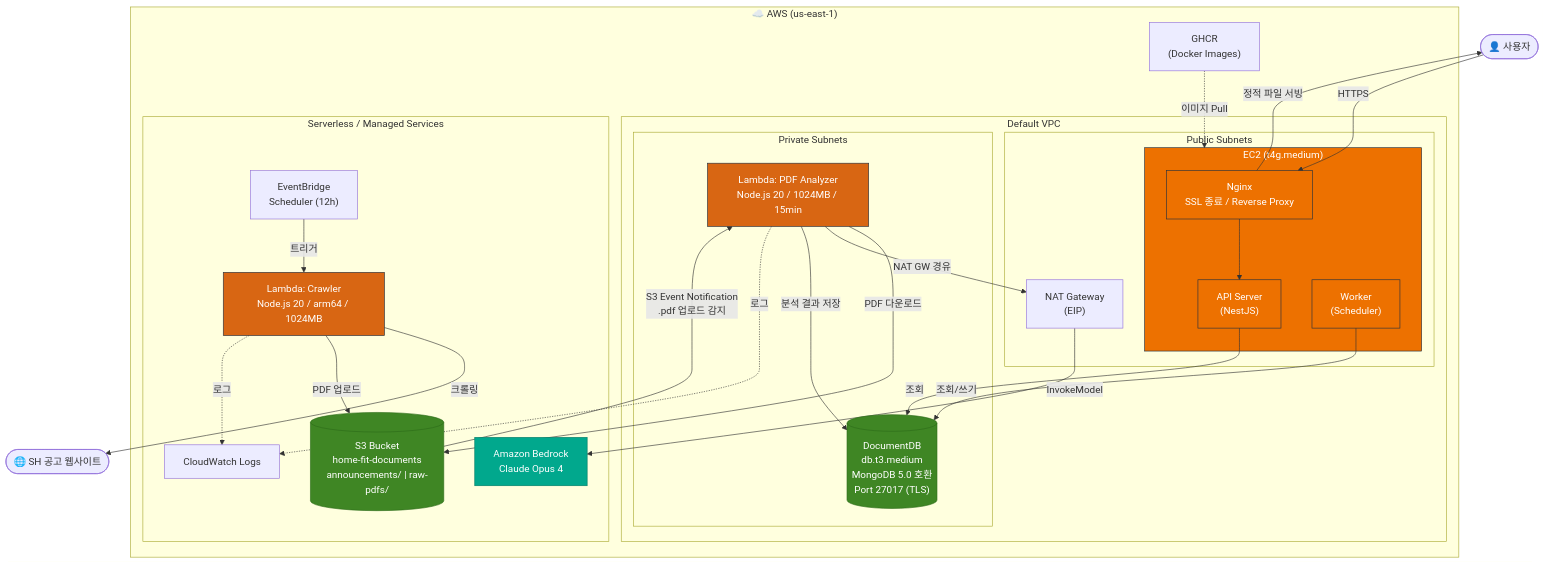
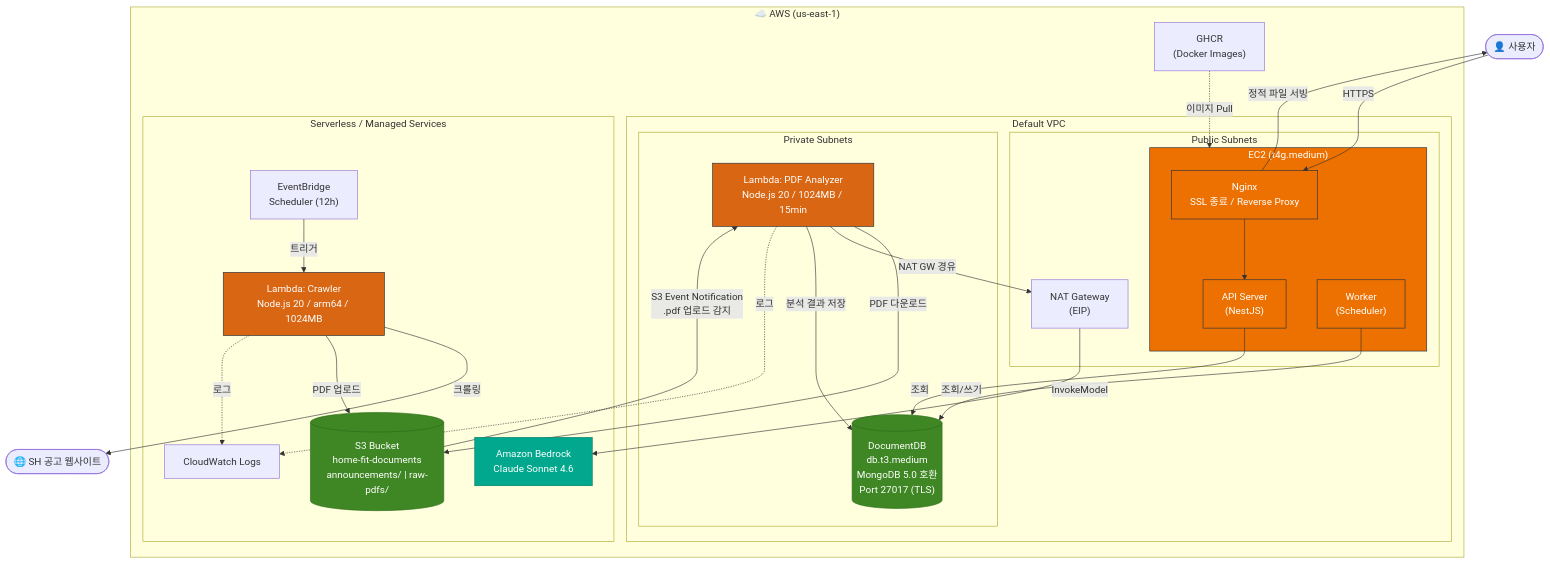
One commit to 1403-ai/home-fit changed the diagram in README.md. Above: the diagram before and after it, drawn with Mermaid. The commit also changed other lines of this file, not shown here.

````diff
--- a/README.md
+++ b/README.md
@@ -81,81 +81,81 @@
 ```mermaid
 graph TB
     %% 사용자
     User([👤 사용자])
 
     %% External
     SH([🌐 SH 공고 웹사이트])
 
     subgraph AWS["☁️ AWS (us-east-1)"]
 
         subgraph VPC["Default VPC"]
 
             subgraph Public["Public Subnets"]
                 subgraph EC2["EC2 (t4g.medium)"]
                     Nginx["Nginx<br/>SSL 종료 / Reverse Proxy"]
                     API["API Server<br/>(NestJS)"]
                     Worker["Worker<br/>(Scheduler)"]
                 end
                 NAT["NAT Gateway<br/>(EIP)"]
             end
 
             subgraph Private["Private Subnets"]
                 LambdaPDF["Lambda: PDF Analyzer<br/>Node.js 20 / 1024MB / 15min"]
                 DocDB[("DocumentDB<br/>db.t3.medium<br/>MongoDB 5.0 호환<br/>Port 27017 (TLS)")]
             end
         end
 
         subgraph Serverless["Serverless / Managed Services"]
             EB["EventBridge<br/>Scheduler (12h)"]
             LambdaCrawler["Lambda: Crawler<br/>Node.js 20 / arm64 / 1024MB"]
             S3[("S3 Bucket<br/>home-fit-documents<br/>announcements/ | raw-pdfs/")]
-            Bedrock["Amazon Bedrock<br/>Claude Opus 4"]
+            Bedrock["Amazon Bedrock<br/>Claude Sonnet 4.6"]
             CW["CloudWatch Logs"]
         end
 
         GHCR["GHCR<br/>(Docker Images)"]
     end
 
     %% 사용자 흐름
     User -->|HTTPS| Nginx
     Nginx --> API
     Nginx -->|정적 파일 서빙| User
 
     %% API → DocumentDB
     API -->|조회| DocDB
     Worker -->|조회/쓰기| DocDB
 
     %% 크롤링 파이프라인
     EB -->|트리거| LambdaCrawler
     LambdaCrawler -->|크롤링| SH
     LambdaCrawler -->|PDF 업로드| S3
 
     %% PDF 분석 파이프라인
     S3 -->|S3 Event Notification<br/>.pdf 업로드 감지| LambdaPDF
     LambdaPDF -->|PDF 다운로드| S3
     LambdaPDF -->|NAT GW 경유| NAT
     NAT -->|InvokeModel| Bedrock
     LambdaPDF -->|분석 결과 저장| DocDB
 
     %% 로깅
     LambdaCrawler -.->|로그| CW
     LambdaPDF -.->|로그| CW
 
     %% CI/CD
     GHCR -.->|이미지 Pull| EC2
 
     %% 스타일
     classDef aws fill:#FF9900,stroke:#232F3E,color:#232F3E
     classDef vpc fill:#248814,stroke:#1a6b0f,color:#fff
     classDef subnet fill:#e8f5e9,stroke:#4caf50,color:#333
     classDef private fill:#fff3e0,stroke:#ff9800,color:#333
     classDef lambda fill:#D86613,stroke:#232F3E,color:#fff
     classDef storage fill:#3F8624,stroke:#2d6b19,color:#fff
     classDef compute fill:#ED7100,stroke:#232F3E,color:#fff
     classDef ai fill:#01A88D,stroke:#017a66,color:#fff
 
     class Bedrock ai
     class LambdaCrawler,LambdaPDF lambda
     class S3,DocDB storage
     class EC2,Nginx,API,Worker compute
 ```
````
